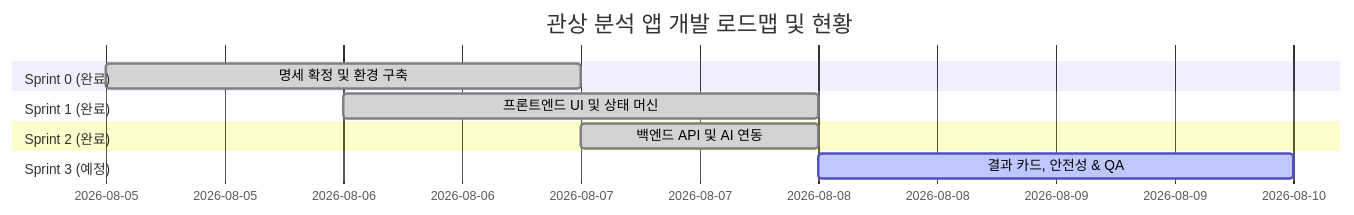
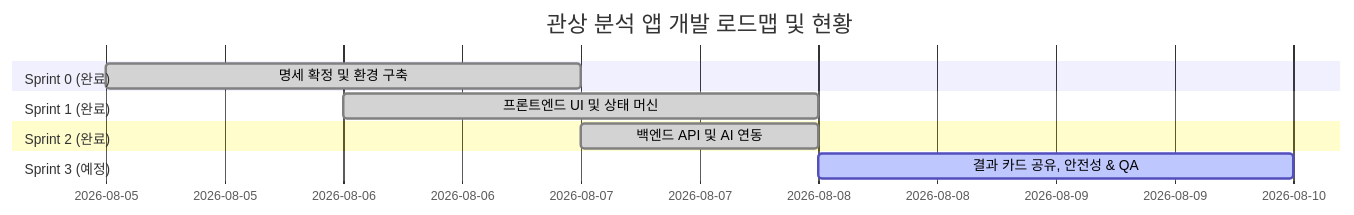
The diagram in docs/DEVELOPMENT_PLAN.md (haruki1987/face-app), drawn with Mermaid before and after one commit. The commit also changed other lines of this file and 4 other files, not shown here.

````diff
--- a/docs/DEVELOPMENT_PLAN.md
+++ b/docs/DEVELOPMENT_PLAN.md
@@ -23,13 +23,13 @@
 ```mermaid
 gantt
     title 관상 분석 앱 개발 로드맵 및 현황
     dateFormat  YYYY-MM-DD
     section Sprint 0 (완료)
     명세 확정 및 환경 구축       :done, s0, 2026-08-05, 2d
     section Sprint 1 (완료)
     프론트엔드 UI 및 상태 머신   :done, s1, 2026-08-06, 2d
     section Sprint 2 (완료)
     백엔드 API 및 AI 연동       :done, s2, 2026-08-07, 1d
     section Sprint 3 (예정)
-    결과 카드, 안전성 & QA     :active, s3, 2026-08-08, 2d
+    결과 카드 공유, 안전성 & QA  :active, s3, 2026-08-08, 2d
 ```
````
